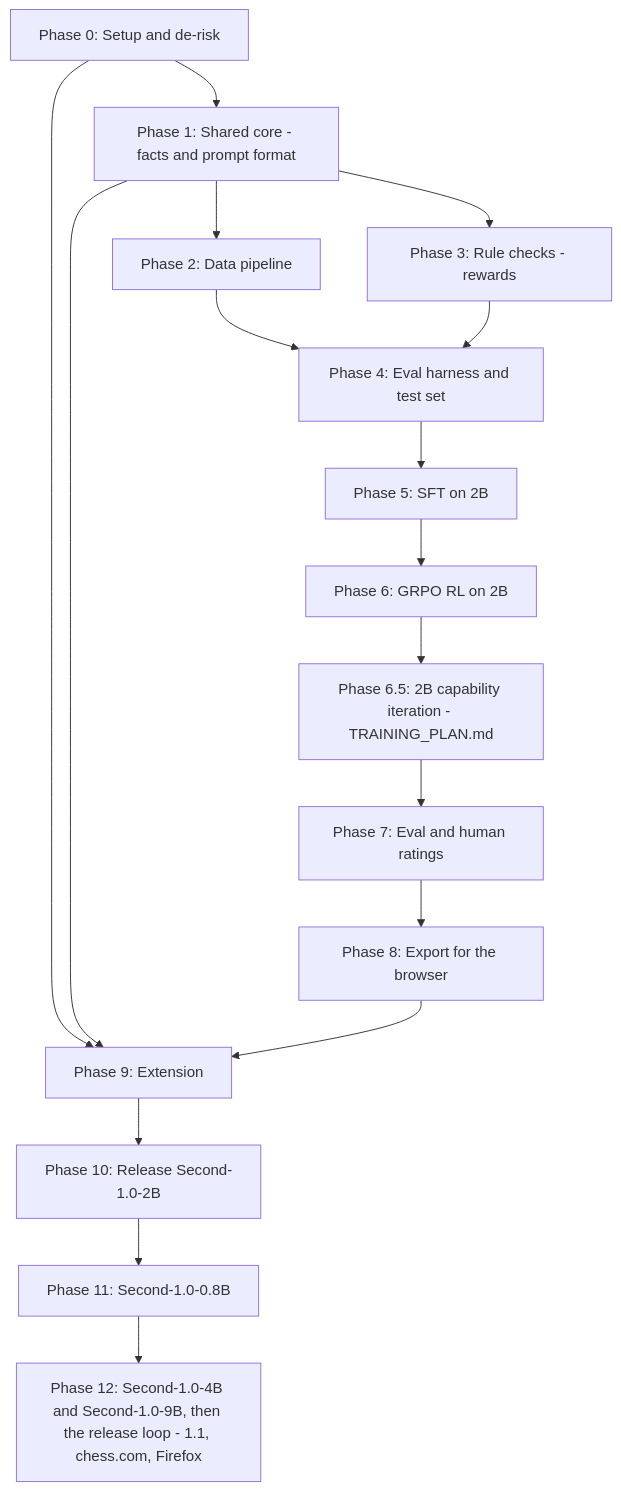
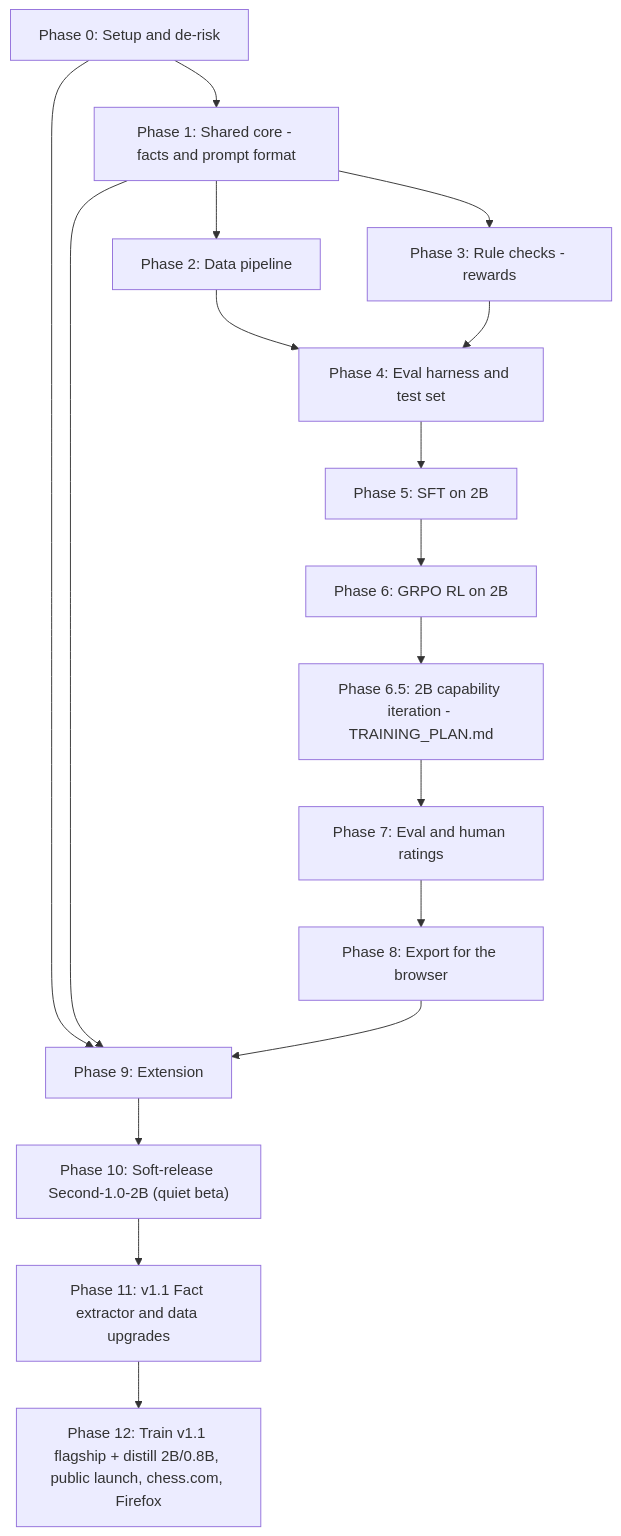
Before and after one commit to kleinebossie/second: the first of 3 diagrams in PLAN.md, drawn with Mermaid. The commit also changed other lines of this file and 94 other files, not shown here.

````diff
--- a/PLAN.md
+++ b/PLAN.md
@@ -43,19 +43,19 @@
 ```mermaid
 flowchart TD
     P0["Phase 0: Setup and de-risk"] --> P1["Phase 1: Shared core - facts and prompt format"]
     P1 --> P2["Phase 2: Data pipeline"]
     P1 --> P3["Phase 3: Rule checks - rewards"]
     P2 --> P4["Phase 4: Eval harness and test set"]
     P3 --> P4
     P4 --> P5["Phase 5: SFT on 2B"]
     P5 --> P6["Phase 6: GRPO RL on 2B"]
     P6 --> P65["Phase 6.5: 2B capability iteration - TRAINING_PLAN.md"]
     P65 --> P7["Phase 7: Eval and human ratings"]
     P7 --> P8["Phase 8: Export for the browser"]
     P0 --> P9["Phase 9: Extension"]
     P1 --> P9
     P8 --> P9
-    P9 --> P10["Phase 10: Release Second-1.0-2B"]
-    P10 --> P11["Phase 11: Second-1.0-0.8B"]
-    P11 --> P12["Phase 12: Second-1.0-4B and Second-1.0-9B, then the release loop - 1.1, chess.com, Firefox"]
+    P9 --> P10["Phase 10: Soft-release Second-1.0-2B (quiet beta)"]
+    P10 --> P11["Phase 11: v1.1 Fact extractor and data upgrades"]
+    P11 --> P12["Phase 12: Train v1.1 flagship + distill 2B/0.8B, public launch, chess.com, Firefox"]
 ```
````
